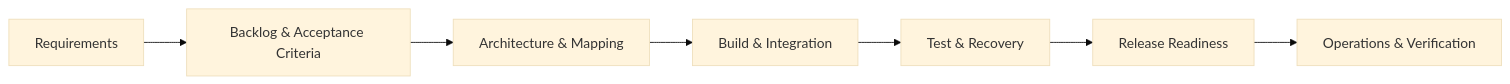
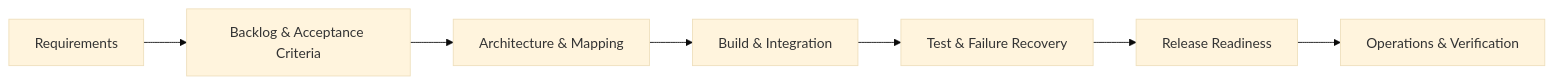
One commit to Sreejith4554/enterprise-edi-integration-delivery changed the first of 2 diagrams in README.md. Above: the diagram before and after it, drawn with Mermaid (base theme). The commit also changed other lines of this file and 6 other files, not shown here.

````diff
--- a/README.md
+++ b/README.md
@@ -32,9 +34,9 @@
 ```mermaid
 flowchart LR
     A[Requirements] --> B[Backlog & Acceptance Criteria]
     B --> C[Architecture & Mapping]
     C --> D[Build & Integration]
-    D --> E[Test & Recovery]
+    D --> E[Test & Failure Recovery]
     E --> F[Release Readiness]
     F --> G[Operations & Verification]
 ```
````
